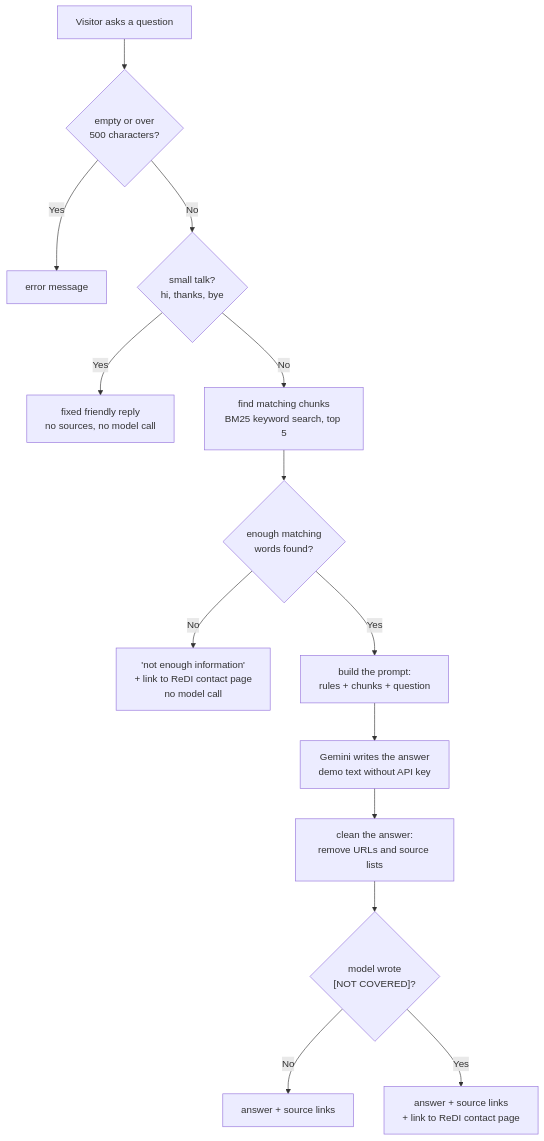
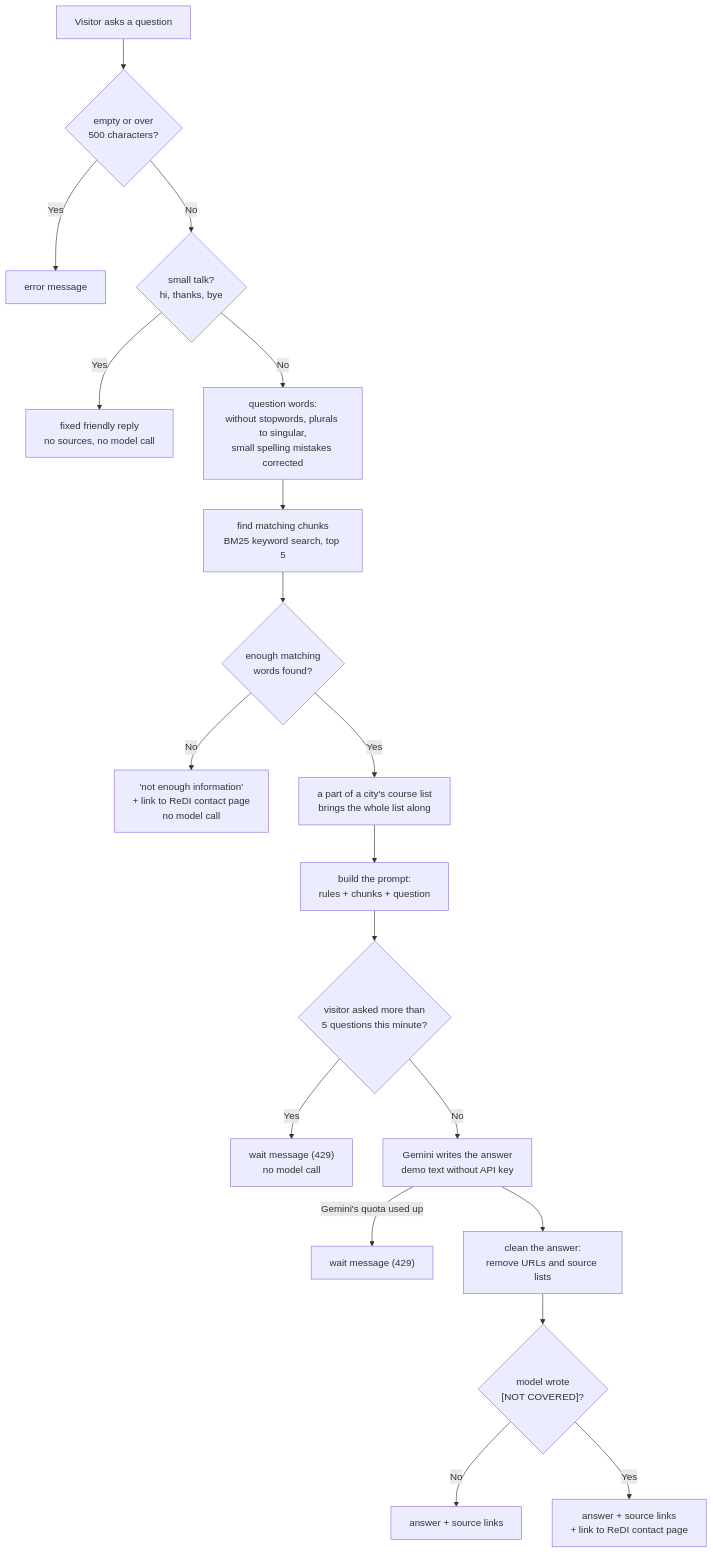
One commit to ShiriSalman/ReDi-Chatbot changed the third of 3 diagrams in docs/how_it_works.md. Above: the diagram before and after it, drawn with Mermaid. The commit also changed other lines of this file and 10 other files, not shown here.

````diff
--- a/docs/how_it_works.md
+++ b/docs/how_it_works.md
@@ -56,16 +72,21 @@
 ```mermaid
 flowchart TD
     Q["Visitor asks a question"] --> Check{"empty or over<br/>500 characters?"}
     Check -->|Yes| Err["error message"]
     Check -->|No| Talk{"small talk?<br/>hi, thanks, bye"}
     Talk -->|Yes| Fixed["fixed friendly reply<br/>no sources, no model call"]
-    Talk -->|No| Retrieve["find matching chunks<br/>BM25 keyword search, top 5"]
+    Talk -->|No| Words["question words:<br/>without stopwords, plurals to singular,<br/>small spelling mistakes corrected"]
+    Words --> Retrieve["find matching chunks<br/>BM25 keyword search, top 5"]
     Retrieve --> Found{"enough matching<br/>words found?"}
     Found -->|No| Fallback["'not enough information'<br/>+ link to ReDI contact page<br/>no model call"]
-    Found -->|Yes| Prompt["build the prompt:<br/>rules + chunks + question"]
-    Prompt --> Model["Gemini writes the answer<br/>demo text without API key"]
+    Found -->|Yes| Lists["a part of a city's course list<br/>brings the whole list along"]
+    Lists --> Prompt["build the prompt:<br/>rules + chunks + question"]
+    Prompt --> Limit{"visitor asked more than<br/>5 questions this minute?"}
+    Limit -->|Yes| Wait["wait message (429)<br/>no model call"]
+    Limit -->|No| Model["Gemini writes the answer<br/>demo text without API key"]
+    Model -->|"Gemini's quota used up"| Busy["wait message (429)"]
     Model --> Clean["clean the answer:<br/>remove URLs and source lists"]
     Clean --> Covered{"model wrote<br/>[NOT COVERED]?"}
     Covered -->|No| Answer["answer + source links"]
     Covered -->|Yes| Partial["answer + source links<br/>+ link to ReDI contact page"]
 ```
````
